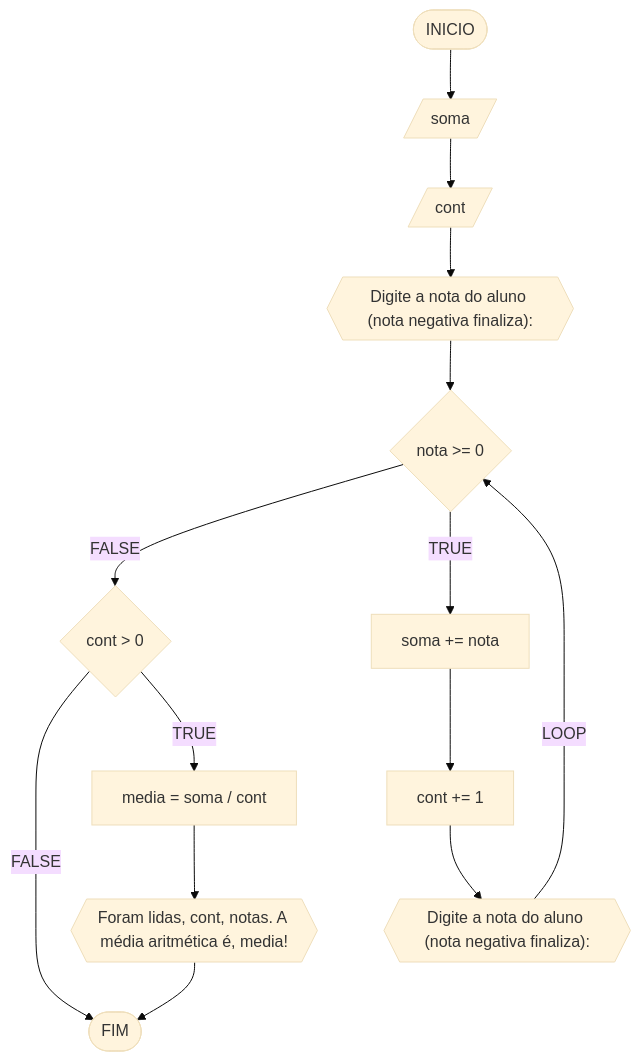
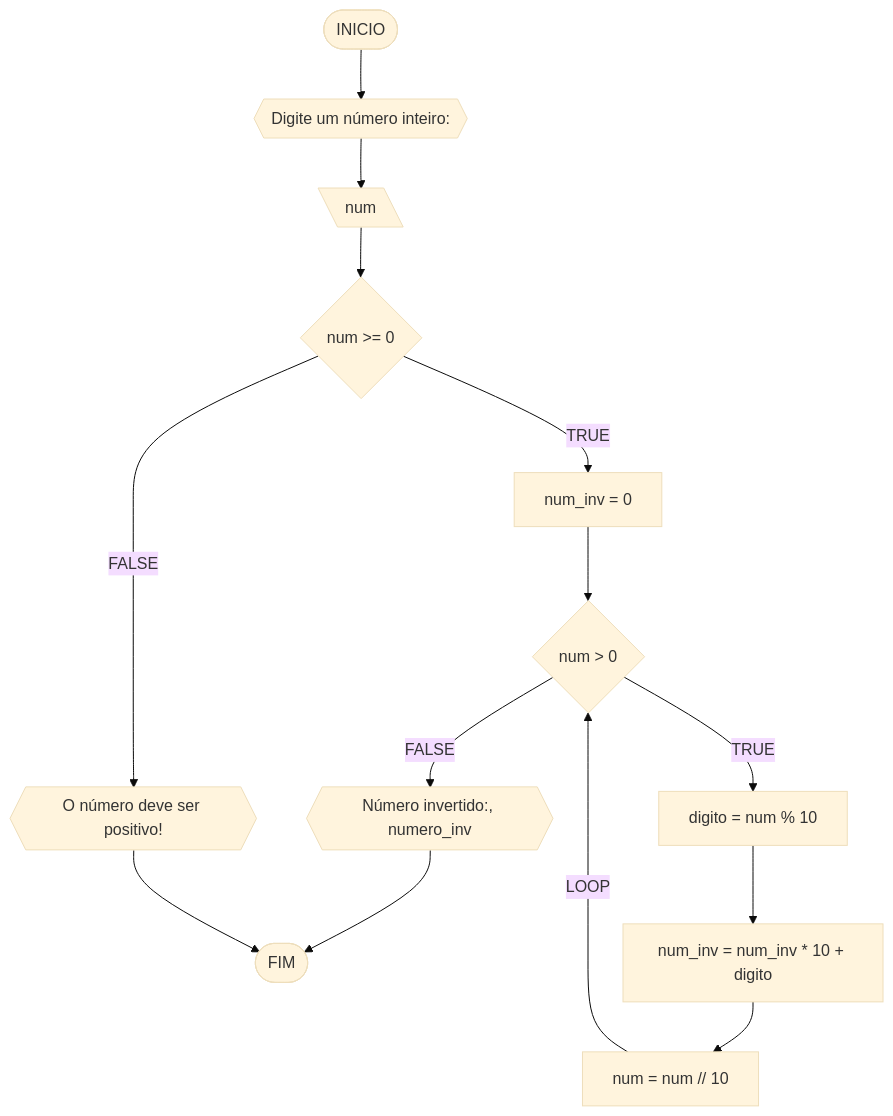
Before and after one commit to lucastudart/unifor: the eighth of 8 diagrams in RLA/AD1.MD, drawn with Mermaid (base theme). The commit also changed other lines of this file, not shown here.

````diff
--- a/RLA/AD1.MD
+++ b/RLA/AD1.MD
@@ -359,16 +551,16 @@
 ```mermaid
 flowchart TD
-A([INICIO]) --> B[/soma/]
-B --> C[/cont/]
-C --> D{{"Digite a nota do aluno (nota negativa finaliza): "}}
-D --> E{nota >= 0}
-E --FALSE--> F{cont > 0}
-F --FALSE--> Z([FIM]) 
-F --TRUE--> G[media = soma / cont]
-G --> H{{Foram lidas, cont, notas. A média aritmética é, media!}}
-H --> Z
-E --TRUE--> I[soma += nota]
-I --> J[cont += 1]
-J --> K{{"Digite a nota do aluno (nota negativa finaliza): "}}
-K --LOOP-->  E
+A([INICIO]) --> B{{Digite um número inteiro: }}
+B --> C[\num\]
+C --> D{num >= 0}
+D --TRUE--> G[num_inv = 0]
+G --> H{num > 0}
+H --FALSE--> Z{{"Número invertido:", numero_inv}}
+Z --> W([FIM])
+H --TRUE--> I[digito = num % 10]
+I --> J[num_inv = num_inv * 10 + digito]
+J --> K[num = num // 10]
+K --LOOP--> H
+D --FALSE--> E{{O número deve ser positivo!}}
+E --> W
 ```
````
